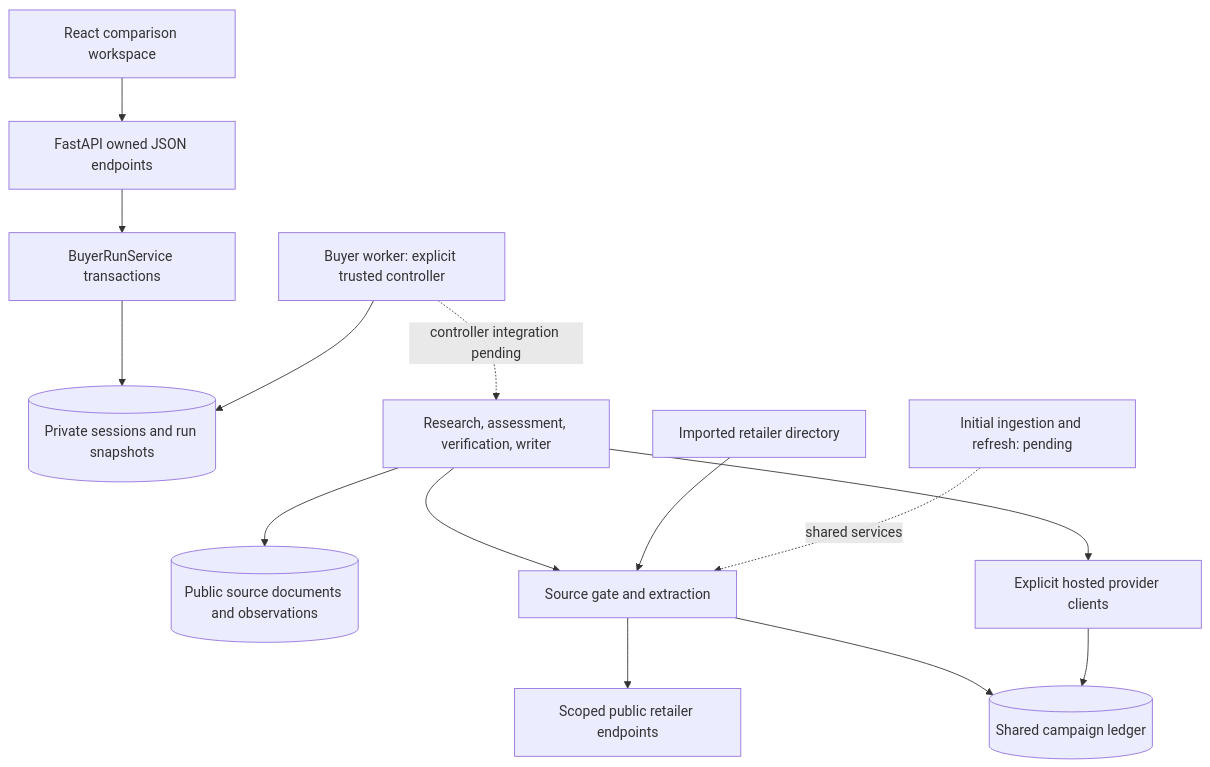
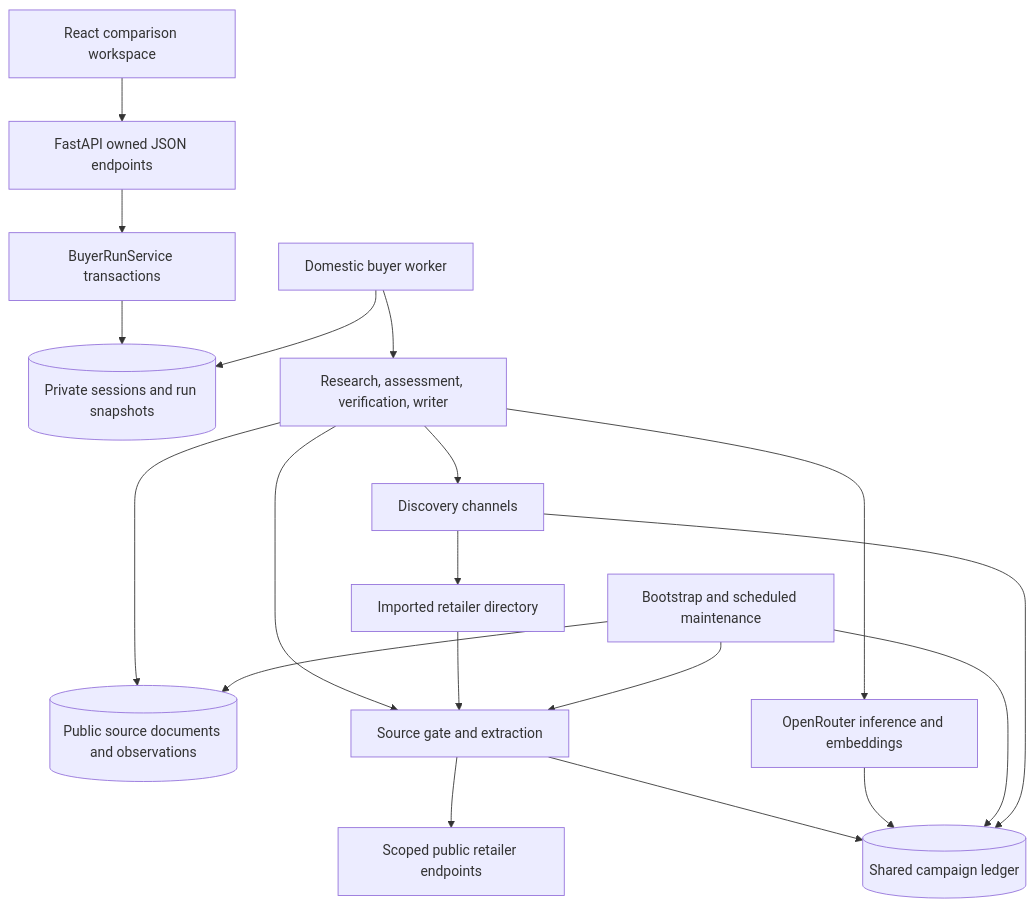
Before and after one commit to han33-dotcom/TechScout: the diagram in docs/architecture-api-report.md, drawn with Mermaid. The commit also changed other lines of this file and 1 other file, not shown here.

Commit message:
Update architecture report with the measured domestic buyer and collection paths

````diff
--- a/docs/architecture-api-report.md
+++ b/docs/architecture-api-report.md
@@ -48,16 +27,21 @@
 ```mermaid
 flowchart TD
     UI[React comparison workspace] --> API[FastAPI owned JSON endpoints]
     API --> SERVICE[BuyerRunService transactions]
     SERVICE --> RUNS[(Private sessions and run snapshots)]
-    WORKER[Buyer worker: explicit trusted controller] --> RUNS
-    WORKER -. controller integration pending .-> ROLES[Research, assessment, verification, writer]
+    WORKER[Domestic buyer worker] --> RUNS
+    WORKER --> ROLES[Research, assessment, verification, writer]
     ROLES --> CORPUS[(Public source documents and observations)]
     ROLES --> GATE[Source gate and extraction]
     GATE --> RETAILER[Scoped public retailer endpoints]
-    ROLES --> PROVIDERS[Explicit hosted provider clients]
+    ROLES --> PROVIDERS[OpenRouter inference and embeddings]
     GATE --> LEDGER[(Shared campaign ledger)]
     PROVIDERS --> LEDGER
     DIRECTORY[Imported retailer directory] --> GATE
-    JOBS[Initial ingestion and refresh: pending] -. shared services .-> GATE
+    JOBS[Bootstrap and scheduled maintenance] --> GATE
+    JOBS --> CORPUS
+    JOBS --> LEDGER
+    ROLES --> SEARCH[Discovery channels]
+    SEARCH --> DIRECTORY
+    SEARCH --> LEDGER
 ```
````
